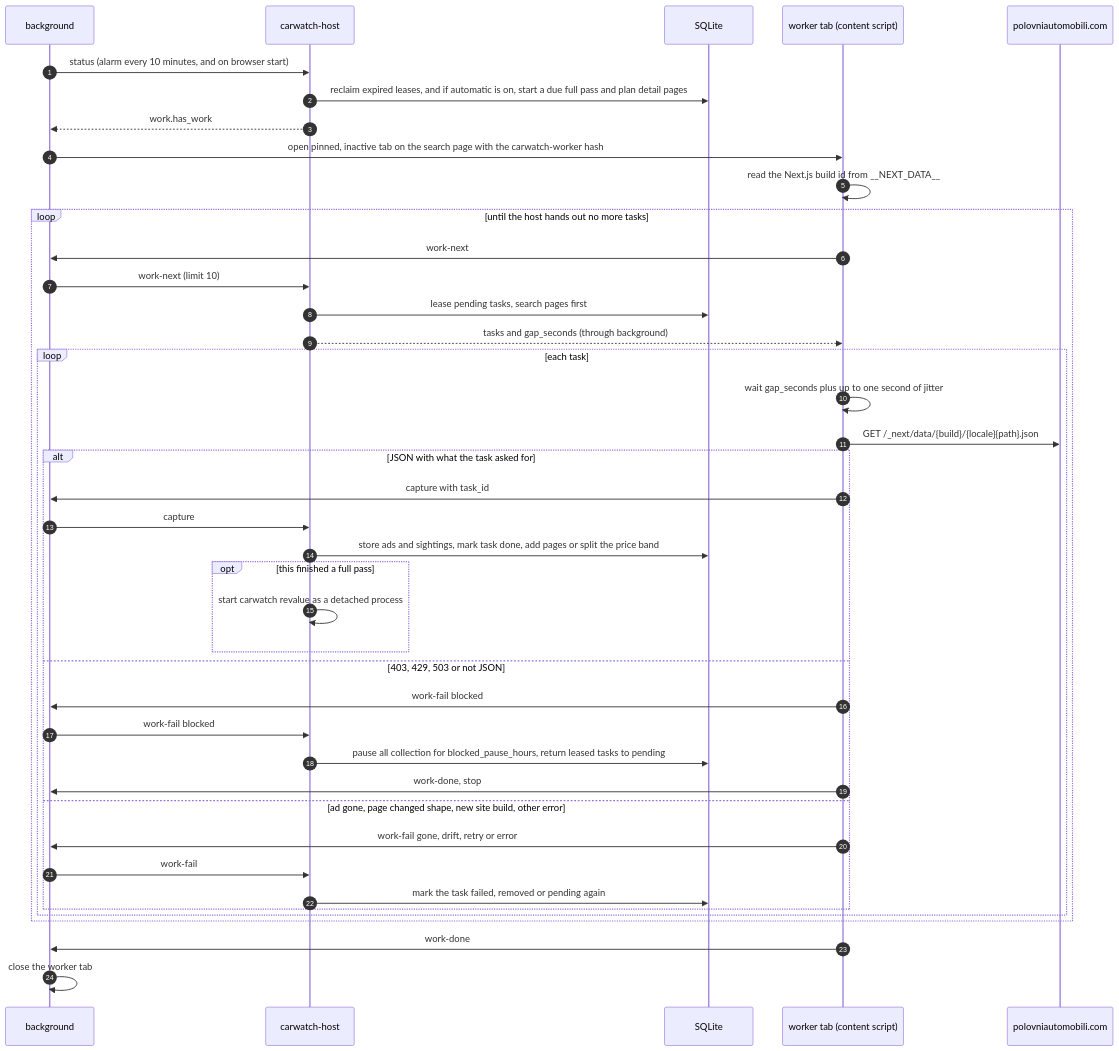
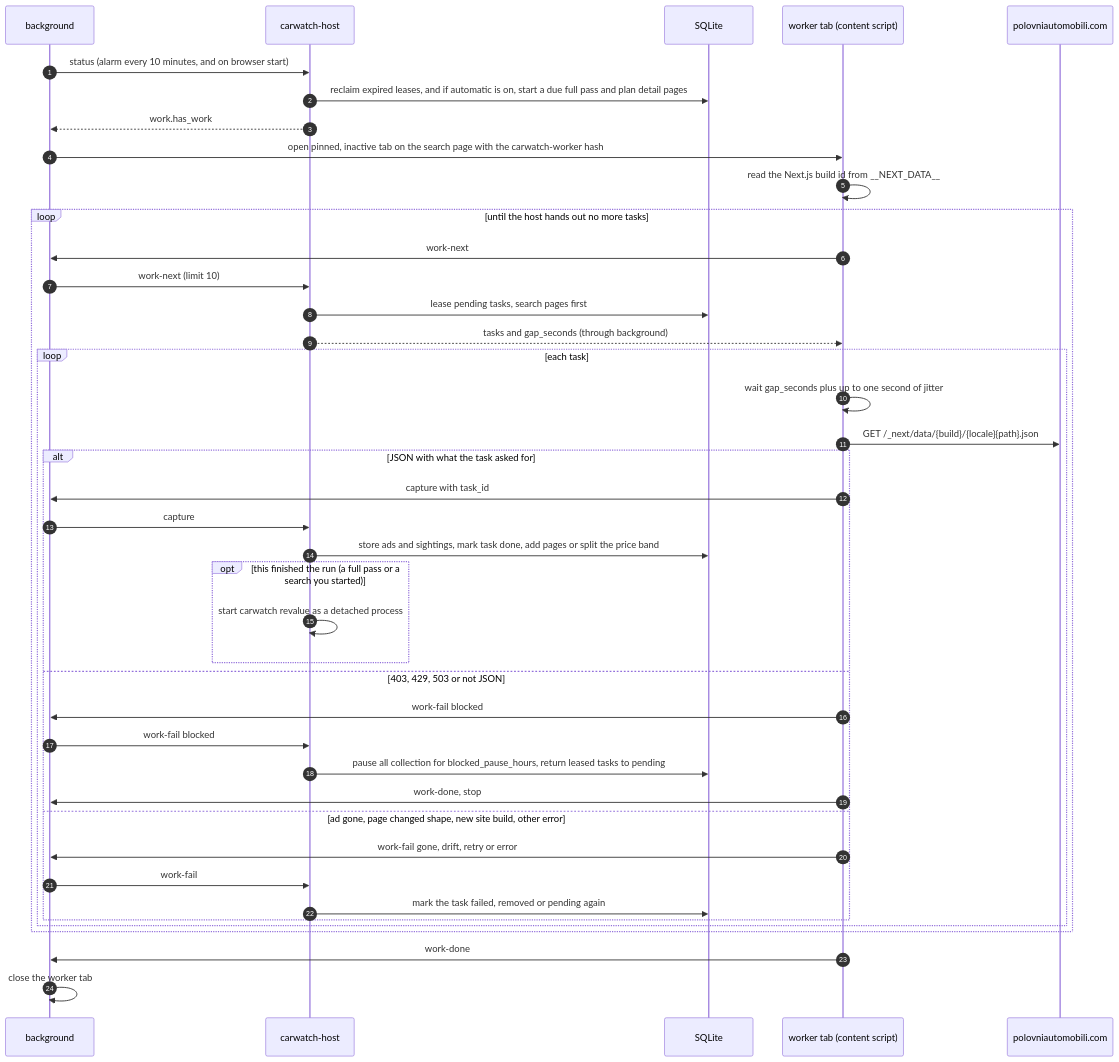
One commit to ManSe404/car_watcher changed the diagram in docs/diagrams/collection-flow.md. Above: the diagram before and after it, drawn with Mermaid. The commit also changed 16 other files, not shown here.

First line of the commit message:
docs: add the feature catalogue, service pages, roadmap and ADRs

````diff
--- a/docs/diagrams/collection-flow.md
+++ b/docs/diagrams/collection-flow.md
@@ -5,44 +5,44 @@
 ```mermaid
 sequenceDiagram
     autonumber
     participant BG as background
     participant Host as carwatch-host
     participant DB as SQLite
     participant Tab as worker tab (content script)
     participant Site as polovniautomobili.com
 
     BG->>Host: status (alarm every 10 minutes, and on browser start)
     Host->>DB: reclaim expired leases, and if automatic is on, start a due full pass and plan detail pages
     Host-->>BG: work.has_work
     BG->>Tab: open pinned, inactive tab on the search page with the carwatch-worker hash
     Tab->>Tab: read the Next.js build id from __NEXT_DATA__
     loop until the host hands out no more tasks
         Tab->>BG: work-next
         BG->>Host: work-next (limit 10)
         Host->>DB: lease pending tasks, search pages first
         Host-->>Tab: tasks and gap_seconds (through background)
         loop each task
             Tab->>Tab: wait gap_seconds plus up to one second of jitter
             Tab->>Site: GET /_next/data/{build}/{locale}{path}.json
             alt JSON with what the task asked for
                 Tab->>BG: capture with task_id
                 BG->>Host: capture
                 Host->>DB: store ads and sightings, mark task done, add pages or split the price band
-                opt this finished a full pass
+                opt this finished the run (a full pass or a search you started)
                     Host->>Host: start carwatch revalue as a detached process
                 end
             else 403, 429, 503 or not JSON
                 Tab->>BG: work-fail blocked
                 BG->>Host: work-fail blocked
                 Host->>DB: pause all collection for blocked_pause_hours, return leased tasks to pending
                 Tab->>BG: work-done, stop
             else ad gone, page changed shape, new site build, other error
                 Tab->>BG: work-fail gone, drift, retry or error
                 BG->>Host: work-fail
                 Host->>DB: mark the task failed, removed or pending again
             end
         end
     end
     Tab->>BG: work-done
     BG->>BG: close the worker tab
 ```
````
